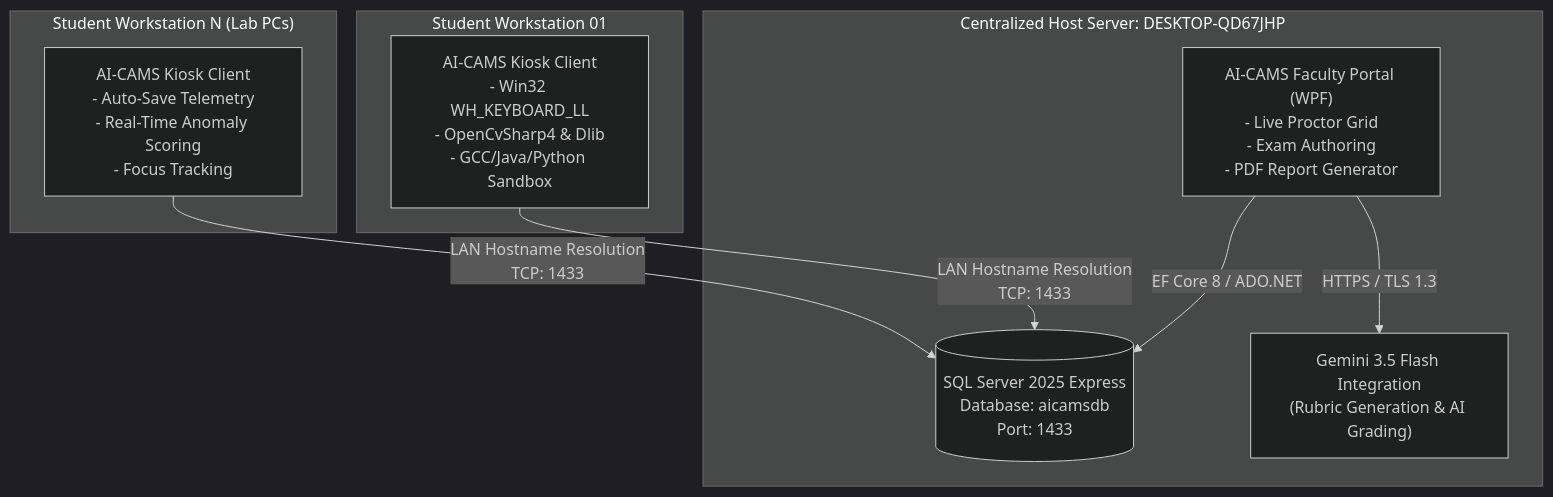
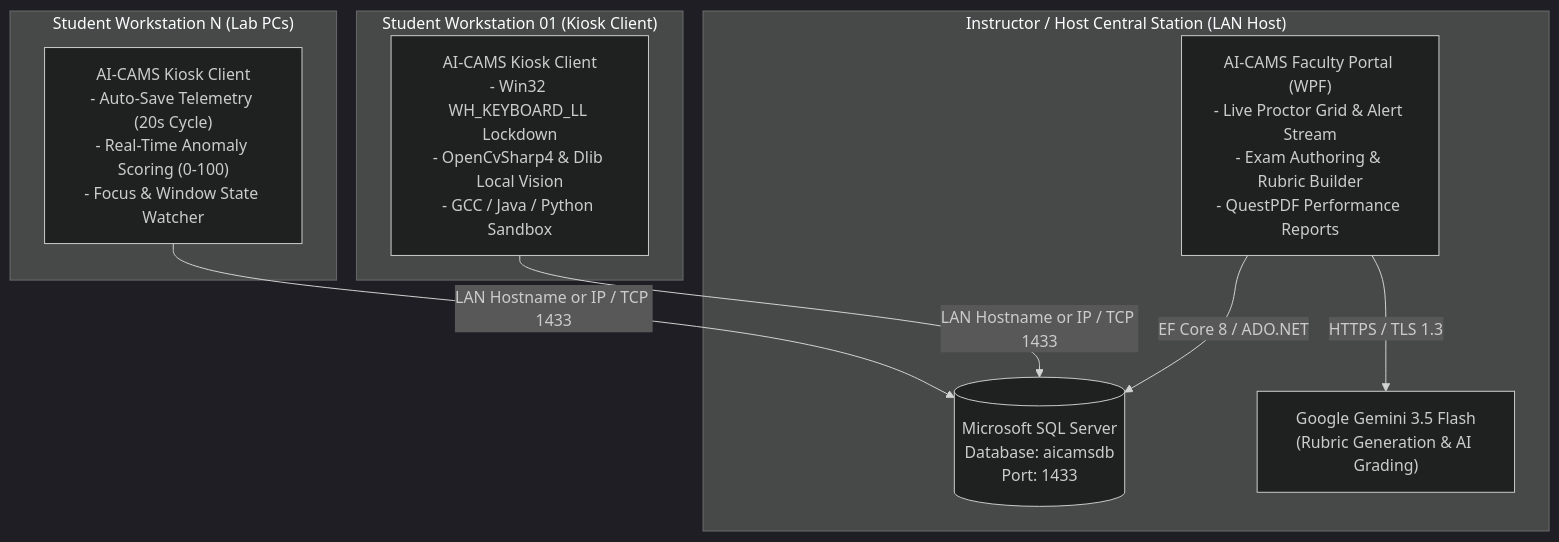
One commit to alexius-seth/Thesis---AI-CAMS changed the first of 2 diagrams in README.md. Above: the diagram before and after it, drawn with Mermaid (dark theme). The commit also changed other lines of this file and 3 other files, not shown here.

````diff
--- a/README.md
+++ b/README.md
@@ -60,21 +63,21 @@
 ```mermaid
 flowchart TD
-    subgraph HostServer["Centralized Host Server: DESKTOP-QD67JHP"]
-        SQL[("SQL Server 2025 Express\nDatabase: aicamsdb\nPort: 1433")]
-        FacultyApp["AI-CAMS Faculty Portal (WPF)\n- Live Proctor Grid\n- Exam Authoring\n- PDF Report Generator"]
-        GeminiService["Gemini 3.5 Flash Integration\n(Rubric Generation & AI Grading)"]
+    subgraph HostStation["Instructor / Host Central Station (LAN Host)"]
+        SQL[("Microsoft SQL Server\nDatabase: aicamsdb\nPort: 1433")]
+        FacultyApp["AI-CAMS Faculty Portal (WPF)\n- Live Proctor Grid & Alert Stream\n- Exam Authoring & Rubric Builder\n- QuestPDF Performance Reports"]
+        GeminiService["Google Gemini 3.5 Flash\n(Rubric Generation & AI Grading)"]
     end
 
-    subgraph Client1["Student Workstation 01"]
-        Kiosk1["AI-CAMS Kiosk Client\n- Win32 WH_KEYBOARD_LL\n- OpenCvSharp4 & Dlib\n- GCC/Java/Python Sandbox"]
+    subgraph Client1["Student Workstation 01 (Kiosk Client)"]
+        Kiosk1["AI-CAMS Kiosk Client\n- Win32 WH_KEYBOARD_LL Lockdown\n- OpenCvSharp4 & Dlib Local Vision\n- GCC / Java / Python Sandbox"]
     end
 
     subgraph ClientN["Student Workstation N (Lab PCs)"]
-        KioskN["AI-CAMS Kiosk Client\n- Auto-Save Telemetry\n- Real-Time Anomaly Scoring\n- Focus Tracking"]
+        KioskN["AI-CAMS Kiosk Client\n- Auto-Save Telemetry (20s Cycle)\n- Real-Time Anomaly Scoring (0-100)\n- Focus & Window State Watcher"]
     end
 
     FacultyApp -->|EF Core 8 / ADO.NET| SQL
     FacultyApp -->|HTTPS / TLS 1.3| GeminiService
-    Kiosk1 -->|LAN Hostname Resolution\nTCP: 1433| SQL
-    KioskN -->|LAN Hostname Resolution\nTCP: 1433| SQL
+    Kiosk1 -->|LAN Hostname or IP / TCP 1433| SQL
+    KioskN -->|LAN Hostname or IP / TCP 1433| SQL
 ```
````
